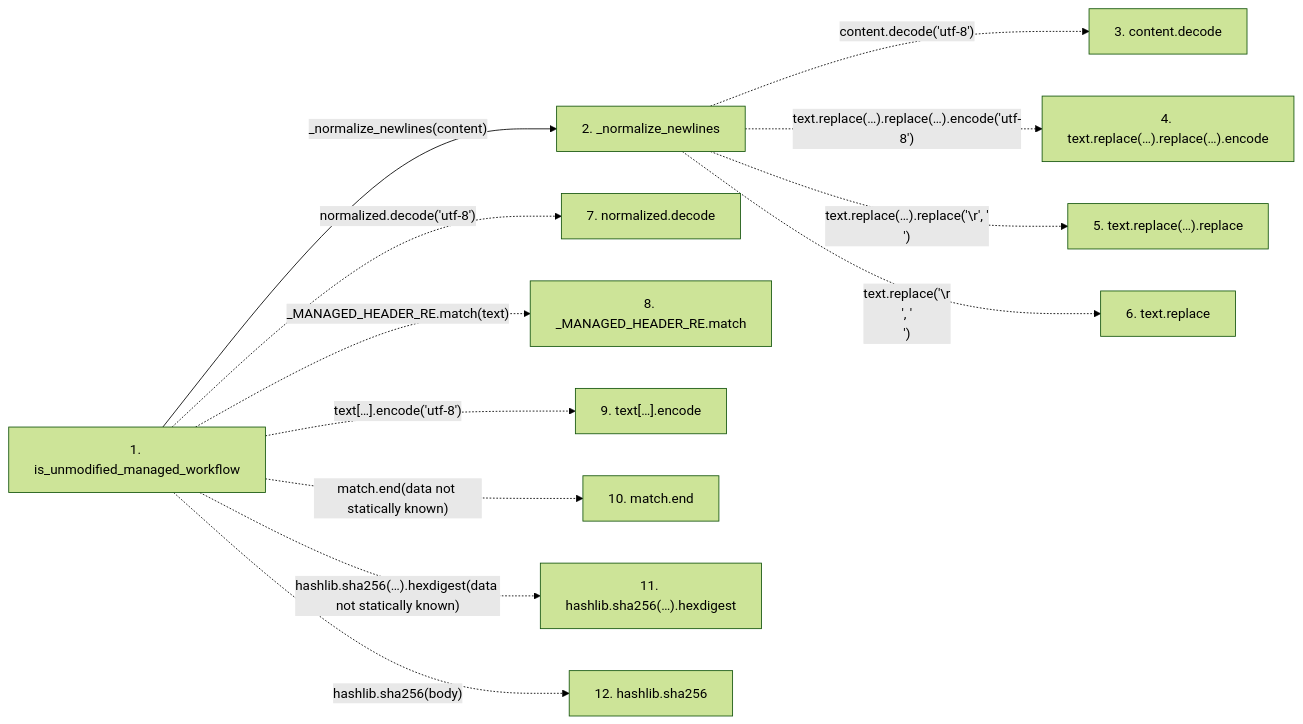
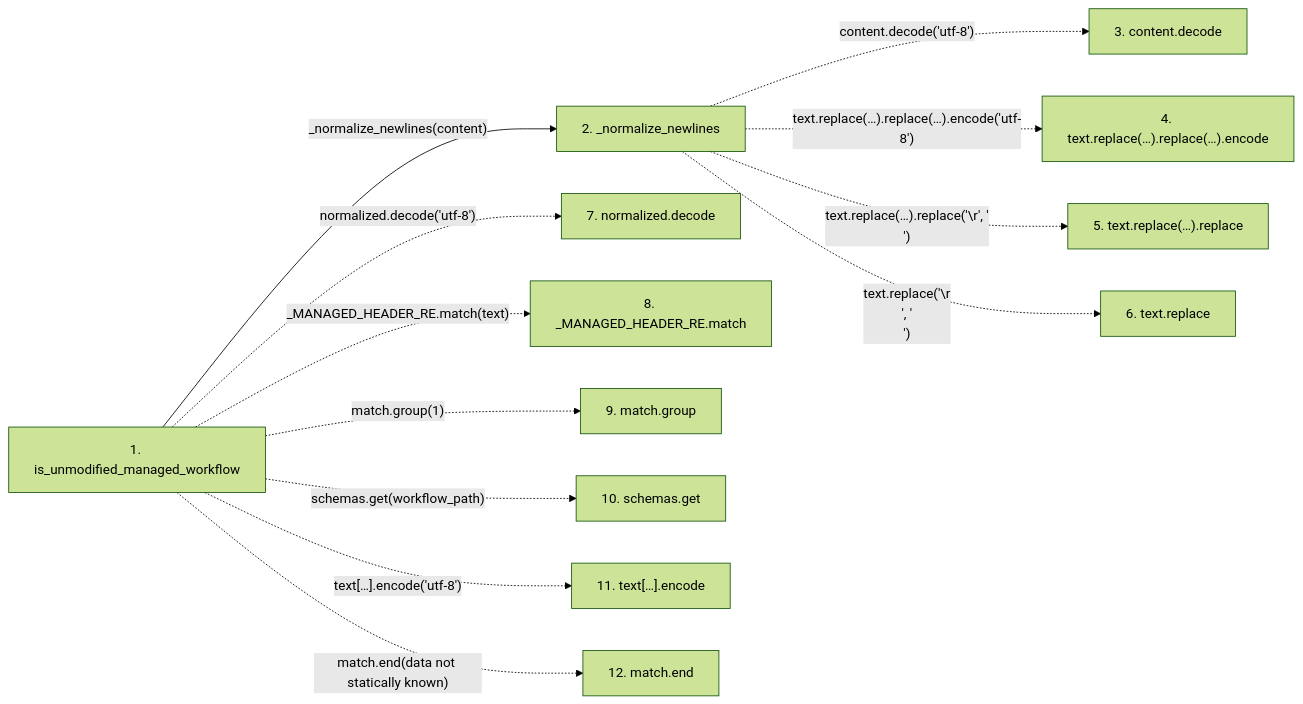
One commit to Denissvgn/python-wiki-llm changed the second of 2 diagrams in docs/llm_wiki/flows/api-is_unmodified_managed_workflow.md. Above: the diagram before and after it, drawn with Mermaid (forest theme). The commit also changed other lines of this file and 369 other files, not shown here.

````diff
--- a/docs/llm_wiki/flows/api-is_unmodified_managed_workflow.md
+++ b/docs/llm_wiki/flows/api-is_unmodified_managed_workflow.md
@@ -60,28 +63,28 @@
 ```mermaid
 flowchart LR
     s1["1. is_unmodified_managed_workflow"]
     s2["2. _normalize_newlines"]
     s3["3. content.decode"]
     s4["4. text.replace(…).replace(…).encode"]
     s5["5. text.replace(…).replace"]
     s6["6. text.replace"]
     s7["7. normalized.decode"]
     s8["8. _MANAGED_HEADER_RE.match"]
-    s9["9. text[…].encode"]
-    s10["10. match.end"]
-    s11["11. hashlib.sha256(…).hexdigest"]
-    s12["12. hashlib.sha256"]
+    s9["9. match.group"]
+    s10["10. schemas.get"]
+    s11["11. text[…].encode"]
+    s12["12. match.end"]
     s1 -->|"_normalize_newlines(content)"| s2
     s2 -. "content.decode('utf-8')" .-> s3
     s2 -. "text.replace(…).replace(…).encode('utf-8')" .-> s4
     s2 -. "text.replace(…).replace('\r', '\n')" .-> s5
     s2 -. "text.replace('\r\n', '\n')" .-> s6
     s1 -. "normalized.decode('utf-8')" .-> s7
     s1 -. "_MANAGED_HEADER_RE.match(text)" .-> s8
-    s1 -. "text[…].encode('utf-8')" .-> s9
-    s1 -. "match.end(data not statically known)" .-> s10
-    s1 -. "hashlib.sha256(…).hexdigest(data not statically known)" .-> s11
-    s1 -. "hashlib.sha256(body)" .-> s12
+    s1 -. "match.group(1)" .-> s9
+    s1 -. "schemas.get(workflow_path)" .-> s10
+    s1 -. "text[…].encode('utf-8')" .-> s11
+    s1 -. "match.end(data not statically known)" .-> s12
     click s1 "../modules/ci_installer.md"
     click s2 "../modules/ci_installer.md"
 ```
````
